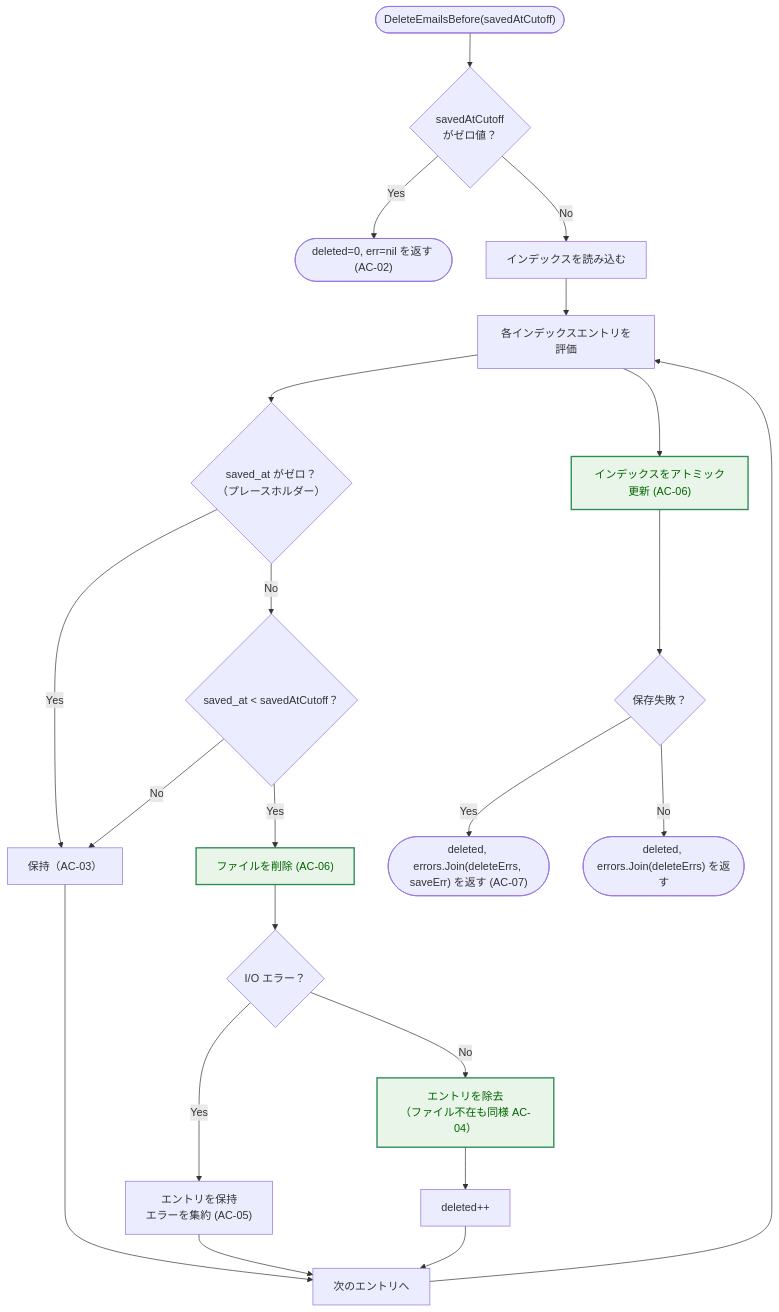
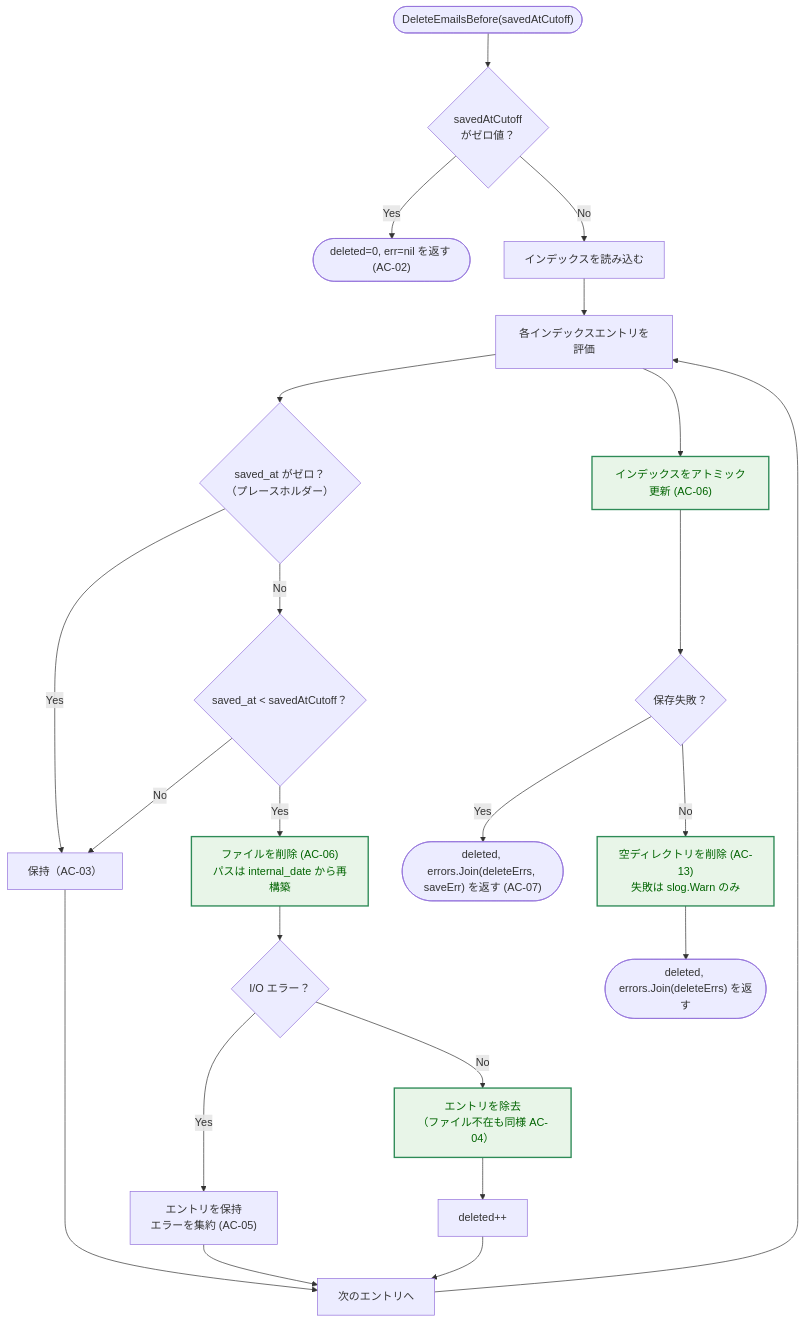
One commit to isseis/tlsrpt-digest changed the ninth of 9 diagrams in docs/tasks/0041_store_gc_simplify/02_architecture.md. Above: the diagram before and after it, drawn with Mermaid. The commit also changed other lines of this file and 2 other files, not shown here.

````diff
--- a/docs/tasks/0041_store_gc_simplify/02_architecture.md
+++ b/docs/tasks/0041_store_gc_simplify/02_architecture.md
@@ -287,28 +338,29 @@
 ```mermaid
 flowchart TD
     classDef enhanced fill:#e8f5e8,stroke:#2e8b57,stroke-width:2px,color:#006400;
 
     Start(["DeleteEmailsBefore(savedAtCutoff)"]) --> Zero{"savedAtCutoff<br>がゼロ値？"}
     Zero -->|"Yes"| RetZero(["deleted=0, err=nil を返す (AC-02)"])
     Zero -->|"No"| Load["インデックスを読み込む"]
     Load --> Loop["各インデックスエントリを評価"]
     Loop --> Placeholder{"saved_at がゼロ？<br>（プレースホルダー）"}
     Placeholder -->|"Yes"| Keep["保持（AC-03）"]
     Placeholder -->|"No"| Cond{"saved_at < savedAtCutoff？"}
     Cond -->|"No"| Keep
-    Cond -->|"Yes"| DelFile["ファイルを削除 (AC-06)"]
+    Cond -->|"Yes"| DelFile["ファイルを削除 (AC-06)<br>パスは internal_date から再構築"]
     DelFile --> IOErr{"I/O エラー？"}
     IOErr -->|"Yes"| KeepEntry["エントリを保持<br>エラーを集約 (AC-05)"]
     IOErr -->|"No"| RemoveEntry["エントリを除去<br>（ファイル不在も同様 AC-04）"]
     RemoveEntry --> CountUp["deleted++"]
     Keep --> NextEntry["次のエントリへ"]
     KeepEntry --> NextEntry
     CountUp --> NextEntry
     NextEntry --> Loop
     Loop --> Save["インデックスをアトミック更新 (AC-06)"]
     Save --> SaveErr{"保存失敗？"}
     SaveErr -->|"Yes"| RetErr(["deleted, errors.Join(deleteErrs, saveErr) を返す (AC-07)"])
-    SaveErr -->|"No"| RetOK(["deleted, errors.Join(deleteErrs) を返す"])
+    SaveErr -->|"No"| Sweep["空ディレクトリを削除 (AC-13)<br>失敗は slog.Warn のみ"]
+    Sweep --> RetOK(["deleted, errors.Join(deleteErrs) を返す"])
 
-    class DelFile,RemoveEntry,Save enhanced
+    class DelFile,RemoveEntry,Save,Sweep enhanced
 ```
````
